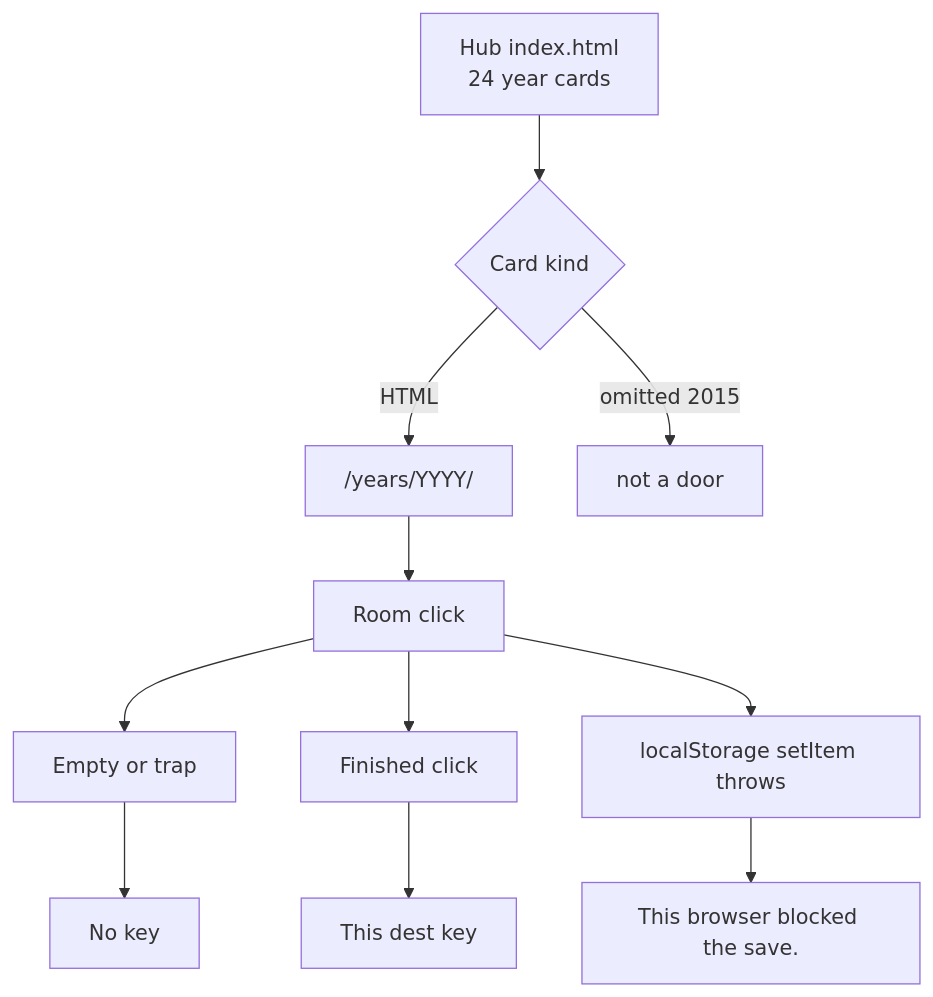
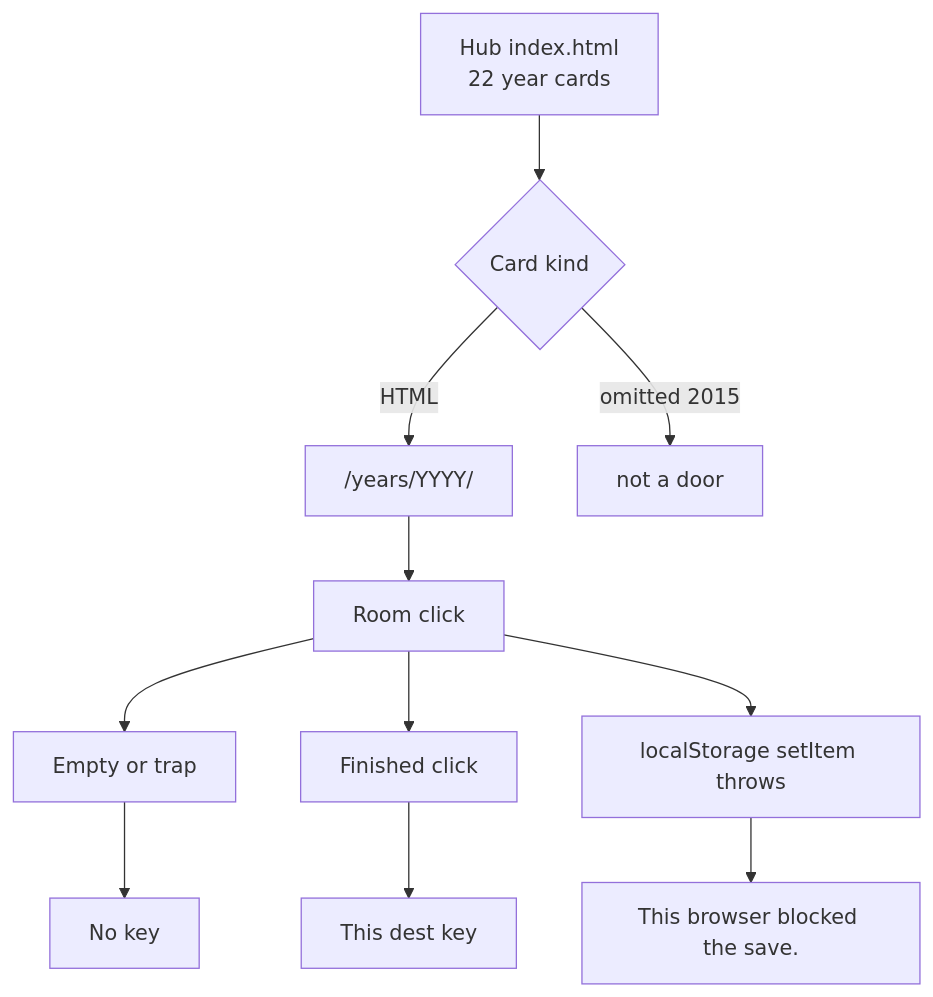
The first of 5 diagrams in docs/FLOW-CHECK-DIAGRAM.md (sourabhligade/internet-through-time), drawn with Mermaid before and after one commit. The commit also changed other lines of this file and 972 other files, not shown here.

````diff
--- a/docs/FLOW-CHECK-DIAGRAM.md
+++ b/docs/FLOW-CHECK-DIAGRAM.md
@@ -21,13 +21,13 @@
 ```mermaid
 flowchart TD
- HUB["Hub index.html<br/>24 year cards"] --> KIND{"Card kind"}
+ HUB["Hub index.html<br/>22 year cards"] --> KIND{"Card kind"}
  KIND -->|HTML| YEAR["/years/YYYY/"]
  KIND -->|omitted 2015| ABSENT["not a door"]
  YEAR --> ROOM["Room click"]
  ROOM --> EMPTY["Empty or trap"]
  ROOM --> DONE["Finished click"]
  ROOM --> BLOCK["localStorage setItem throws"]
  EMPTY --> NOKEY["No key"]
  DONE --> KEY["This dest key"]
  BLOCK --> MSG["This browser blocked the save."]
 ```
````
